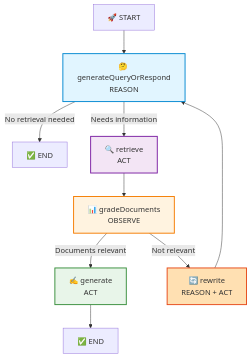
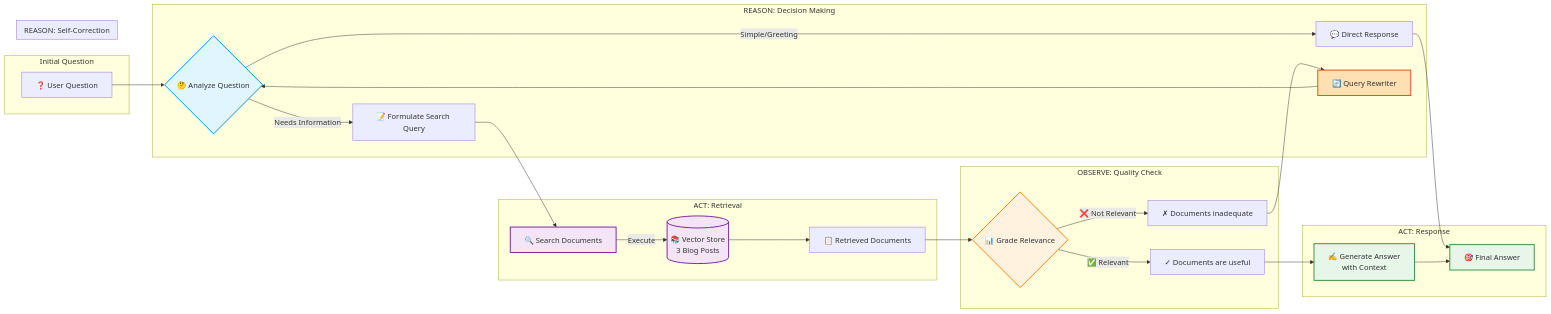
One commit to roypr-ma/rag-demo changed the diagram in 3-agentic-rag/README.md. Above: the diagram before and after it, drawn with Mermaid. The commit also changed other lines of this file, not shown here.

````diff
--- a/3-agentic-rag/README.md
+++ b/3-agentic-rag/README.md
@@ -95,21 +71,43 @@
 ```mermaid
-graph TD
-    START[🚀 START] --> A[🤔 generateQueryOrRespond<br/>REASON]
+graph LR
+    subgraph "Initial Question"
+        Q[❓ User Question]
+    end
     
-    A -->|No retrieval needed| END1[✅ END]
-    A -->|Needs information| B[🔍 retrieve<br/>ACT]
+    subgraph "REASON: Decision Making"
+        Q --> D{🤔 Analyze Question}
+        D -->|Simple/Greeting| R1[💬 Direct Response]
+        D -->|Needs Information| D2[📝 Formulate Search Query]
+        RW[🔄 Query Rewriter] --> D
+    end
     
-    B --> C[📊 gradeDocuments<br/>OBSERVE]
+    subgraph "ACT: Retrieval"
+        D2 --> RET[🔍 Search Documents]
+        RET -->|Execute| VS[(📚 Vector Store<br/>3 Blog Posts)]
+        VS --> DOCS[📋 Retrieved Documents]
+    end
     
-    C -->|Documents relevant| D[✍️ generate<br/>ACT]
-    C -->|Not relevant| E[🔄 rewrite<br/>REASON + ACT]
+    subgraph "OBSERVE: Quality Check"
+        DOCS --> GRADE{📊 Grade Relevance}
+        GRADE -->|✅ Relevant| GOOD[✓ Documents are useful]
+        GRADE -->|❌ Not Relevant| BAD[✗ Documents inadequate]
+    end
     
-    D --> END2[✅ END]
-    E --> A
+    subgraph "ACT: Response"
+        GOOD --> GEN[✍️ Generate Answer<br/>with Context]
+        R1 --> END1[🎯 Final Answer]
+        GEN --> END1
+    end
     
-    style A fill:#e1f5ff,stroke:#0288d1,stroke-width:2px
-    style B fill:#f3e5f5,stroke:#7b1fa2,stroke-width:2px
-    style C fill:#fff3e0,stroke:#f57c00,stroke-width:2px
-    style D fill:#e8f5e9,stroke:#388e3c,stroke-width:2px
-    style E fill:#ffe0b2,stroke:#e64a19,stroke-width:2px
+    subgraph "REASON: Self-Correction"
+        BAD --> RW
+    end
+    
+    style D fill:#e1f5ff,stroke:#0288d1,stroke-width:2px
+    style GRADE fill:#fff3e0,stroke:#f57c00,stroke-width:2px
+    style VS fill:#f3e5f5,stroke:#7b1fa2,stroke-width:2px
+    style RET fill:#f3e5f5,stroke:#7b1fa2,stroke-width:2px
+    style GEN fill:#e8f5e9,stroke:#388e3c,stroke-width:2px
+    style END1 fill:#e8f5e9,stroke:#388e3c,stroke-width:2px
+    style RW fill:#ffe0b2,stroke:#e64a19,stroke-width:2px
 ```
````
